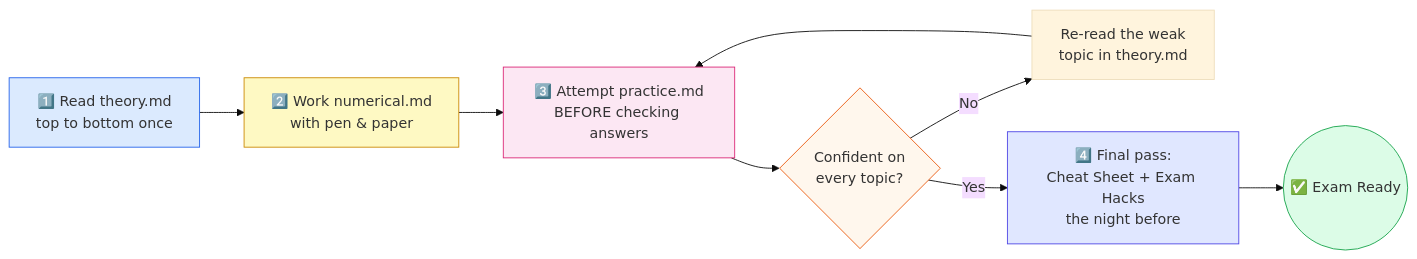
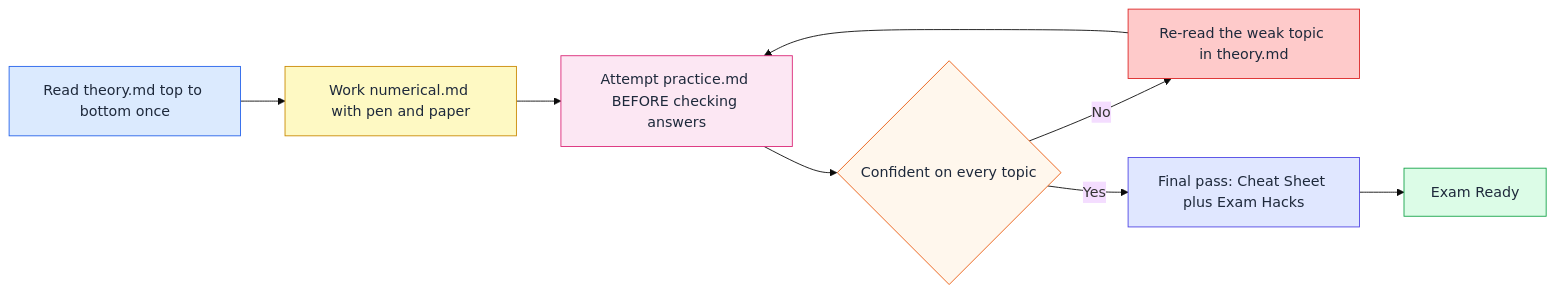
The third of 4 diagrams in CV-NLP/README.md (rpaut03l/TS-02-03), drawn with Mermaid (base theme) before and after one commit. The commit also changed other lines of this file and 4 other files, not shown here.

Commit message:
Fix ASCII diagram width (max 63 chars, no more wrapping) and Mermaid dark-mode contrast

````diff
--- a/CV-NLP/README.md
+++ b/CV-NLP/README.md
@@ -90,17 +84,18 @@
 ```mermaid
 flowchart LR
-    A["1️⃣ Read theory.md<br/>top to bottom once"] --> B["2️⃣ Work numerical.md<br/>with pen &amp; paper"]
-    B --> C["3️⃣ Attempt practice.md<br/>BEFORE checking answers"]
-    C --> D{"Confident on<br/>every topic?"}
-    D -- "No" --> E["Re-read the weak<br/>topic in theory.md"]
+    A[Read theory.md top to bottom once] --> B[Work numerical.md with pen and paper]
+    B --> C[Attempt practice.md BEFORE checking answers]
+    C --> D{Confident on every topic}
+    D -->|No| E[Re-read the weak topic in theory.md]
     E --> C
-    D -- "Yes" --> F["4️⃣ Final pass:<br/>Cheat Sheet + Exam Hacks<br/>the night before"]
-    F --> G(("✅ Exam Ready"))
+    D -->|Yes| F[Final pass: Cheat Sheet plus Exam Hacks]
+    F --> G[Exam Ready]
 
-    style A fill:#dbeafe,stroke:#2563eb
-    style B fill:#fef9c3,stroke:#ca8a04
-    style C fill:#fce7f3,stroke:#db2777
-    style D fill:#fff7ed,stroke:#ea580c
-    style F fill:#e0e7ff,stroke:#4f46e5
-    style G fill:#dcfce7,stroke:#16a34a
+    style A fill:#dbeafe,stroke:#2563eb,color:#1e293b
+    style B fill:#fef9c3,stroke:#ca8a04,color:#1e293b
+    style C fill:#fce7f3,stroke:#db2777,color:#1e293b
+    style D fill:#fff7ed,stroke:#ea580c,color:#1e293b
+    style E fill:#fecaca,stroke:#dc2626,color:#1e293b
+    style F fill:#e0e7ff,stroke:#4f46e5,color:#1e293b
+    style G fill:#dcfce7,stroke:#16a34a,color:#1e293b
 ```
````
